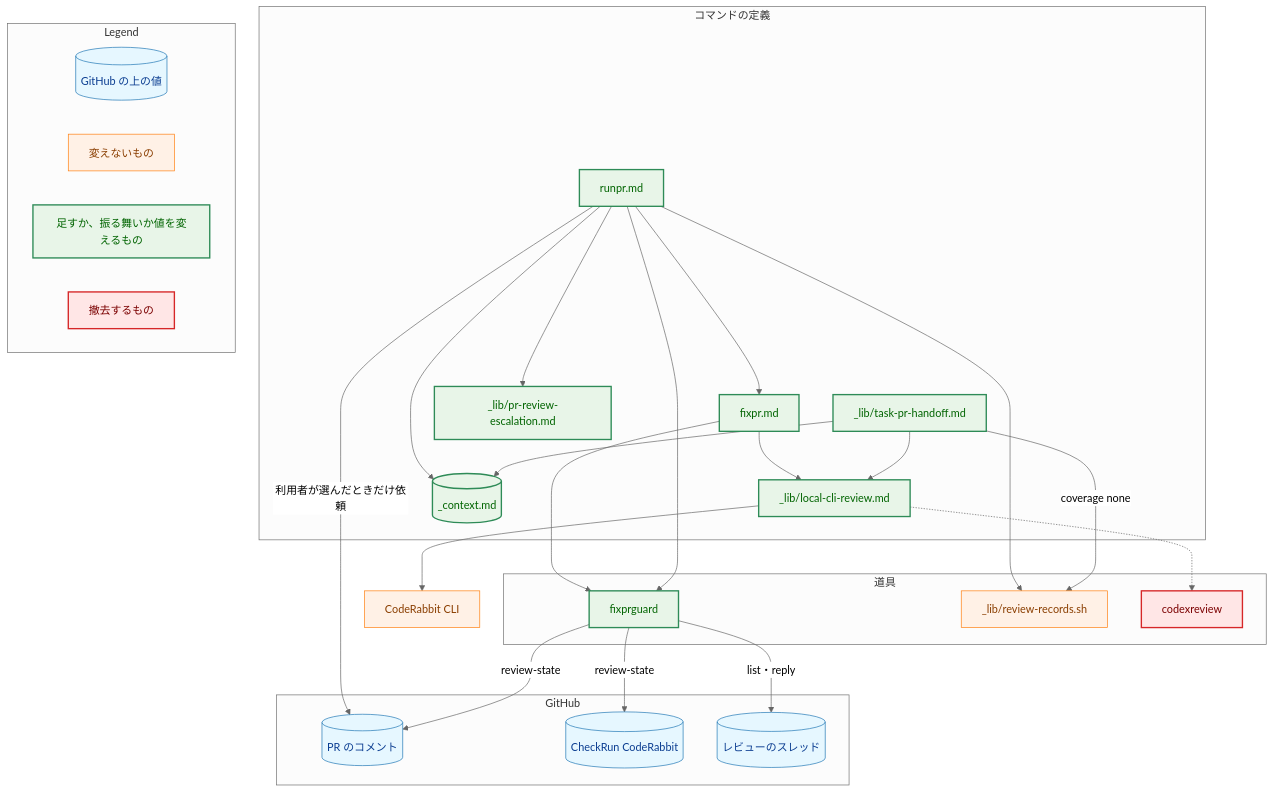
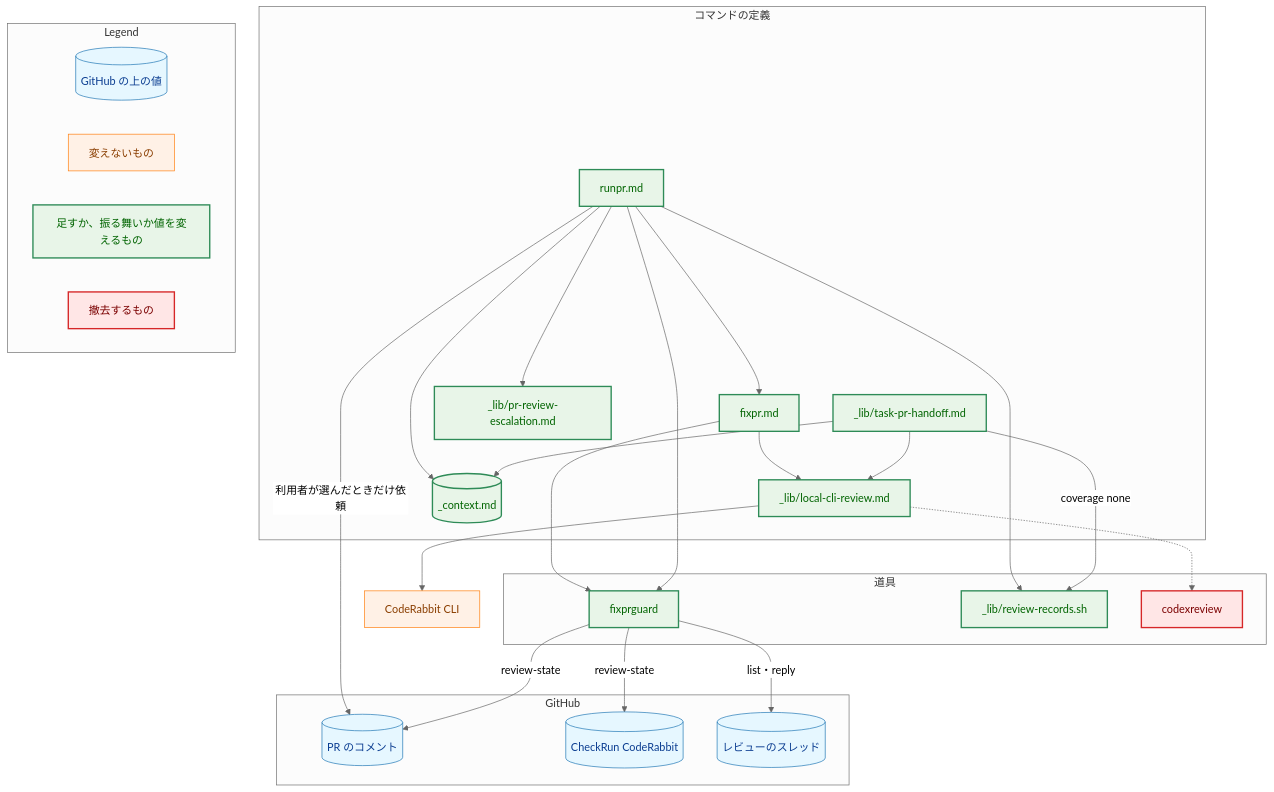
One commit to isseis/yt2column changed the second of 6 diagrams in docs/tasks/0118_codex_removal/02_architecture.md. Above: the diagram before and after it, drawn with Mermaid (neutral theme). The commit also changed other lines of this file and 54 other files, not shown here.

````diff
--- a/docs/tasks/0118_codex_removal/02_architecture.md
+++ b/docs/tasks/0118_codex_removal/02_architecture.md
@@ -125,63 +130,63 @@
 ```mermaid
 flowchart TB
     classDef data fill:#e6f7ff,stroke:#1f77b4,stroke-width:1px,color:#0b3d91;
     classDef process fill:#fff1e6,stroke:#ff7f0e,stroke-width:1px,color:#8a3e00;
     classDef enhanced fill:#e8f5e8,stroke:#2e8b57,stroke-width:2px,color:#006400;
     classDef problem fill:#ffe6e6,stroke:#d62728,stroke-width:2px,color:#7b0000;
 
     subgraph Commands["コマンドの定義"]
         HANDOFF["_lib/task-pr-handoff.md"]
         RUNPR["runpr.md"]
         FIXPR["fixpr.md"]
         LCR["_lib/local-cli-review.md"]
         ESC["_lib/pr-review-escalation.md"]
         CTX[("_context.md")]
     end
 
     subgraph Tools["道具"]
         FPG["fixprguard"]
         RR["_lib/review-records.sh"]
         CODEXREVIEW["codexreview"]
     end
 
     subgraph GitHub["GitHub"]
         COMMENTS[("PR のコメント")]
         CHECKRUNS[("CheckRun CodeRabbit")]
         THREADS[("レビューのスレッド")]
     end
 
     CLI["CodeRabbit CLI"]
 
     HANDOFF --> LCR
     HANDOFF -->|"coverage none"| RR
     RUNPR --> FPG
     RUNPR --> RR
     RUNPR --> ESC
     RUNPR --> FIXPR
     FIXPR --> LCR
     FIXPR --> FPG
     LCR --> CLI
     LCR -.-> CODEXREVIEW
     HANDOFF --> CTX
     RUNPR --> CTX
     FPG -->|"review-state"| COMMENTS
     FPG -->|"review-state"| CHECKRUNS
     FPG -->|"list・reply"| THREADS
     RUNPR -->|"利用者が選んだときだけ依頼"| COMMENTS
 
     class COMMENTS,CHECKRUNS,THREADS data
-    class RR,CLI process
-    class HANDOFF,RUNPR,FIXPR,LCR,ESC,FPG,CTX enhanced
+    class CLI process
+    class HANDOFF,RUNPR,FIXPR,LCR,ESC,FPG,RR,CTX enhanced
     class CODEXREVIEW problem
 
     subgraph Legend["Legend"]
         L1[("GitHub の上の値")]
         L2["変えないもの"]
         L3["足すか、振る舞いか値を変えるもの"]
         L4["撤去するもの"]
     end
     class L1 data
     class L2 process
     class L3 enhanced
     class L4 problem
 ```
````
